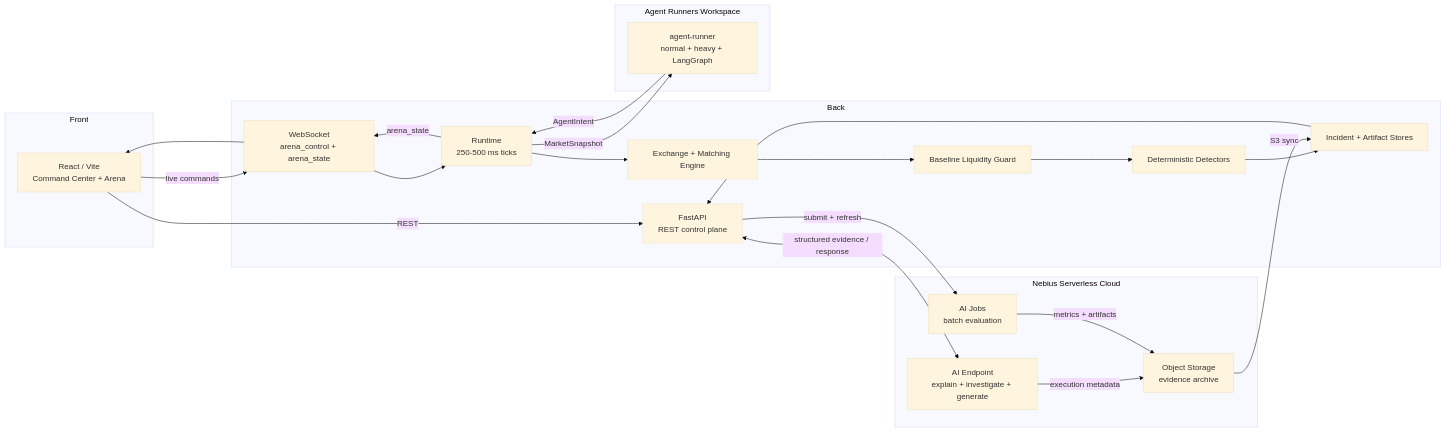
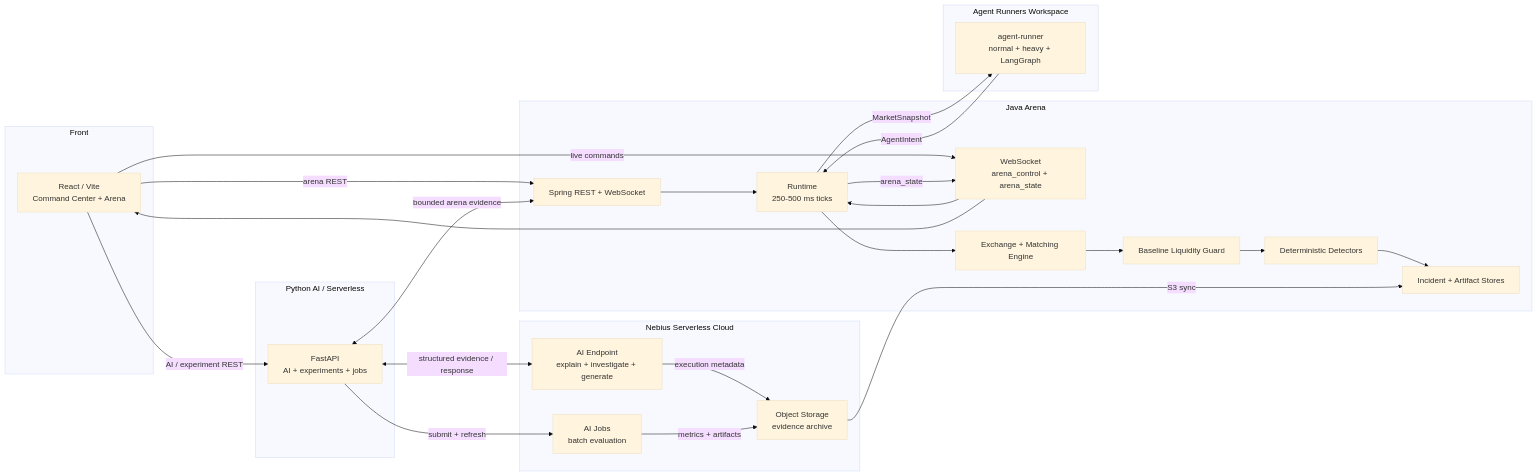
Before and after one commit to khab40/aimada: the first of 4 diagrams in docs/architecture.md, drawn with Mermaid (base theme). The commit also changed other lines of this file and 57 other files, not shown here.

Commit message:
feat: cut over live arena to Java

````diff
--- a/docs/architecture.md
+++ b/docs/architecture.md
@@ -21,41 +22,46 @@
 ```mermaid
 flowchart LR
     subgraph Front["Front"]
         UI["React / Vite<br/>Command Center + Arena"]
     end
-    subgraph Back["Back"]
-        API["FastAPI<br/>REST control plane"]
+    subgraph Java["Java Arena"]
+        Control["Spring REST + WebSocket"]
         WS["WebSocket<br/>arena_control + arena_state"]
         Runtime["Runtime<br/>250-500 ms ticks"]
         Exchange["Exchange + Matching Engine"]
         Guard["Baseline Liquidity Guard"]
         Detectors["Deterministic Detectors"]
         Incidents["Incident + Artifact Stores"]
+    end
+    subgraph Python["Python AI / Serverless"]
+        API["FastAPI<br/>AI + experiments + jobs"]
     end
     subgraph Workspace["Agent Runners Workspace"]
         Runner["agent-runner<br/>normal + heavy + LangGraph"]
     end
     subgraph Cloud["Nebius Serverless Cloud"]
         Endpoint["AI Endpoint<br/>explain + investigate + generate"]
         Jobs["AI Jobs<br/>batch evaluation"]
         ObjectStorage["Object Storage<br/>evidence archive"]
     end
 
-    UI -->|"REST"| API
+    UI -->|"arena REST"| Control
+    UI -->|"AI / experiment REST"| API
     UI -->|"live commands"| WS
+    Control --> Runtime
     WS --> Runtime
     Runtime -->|"MarketSnapshot"| Runner
     Runner -->|"AgentIntent"| Runtime
     Runtime --> Exchange
     Exchange --> Guard
     Guard --> Detectors
     Detectors --> Incidents
     Runtime -->|"arena_state"| WS
     WS --> UI
     API <-->|"structured evidence / response"| Endpoint
     API -->|"submit + refresh"| Jobs
     Endpoint -->|"execution metadata"| ObjectStorage
     Jobs -->|"metrics + artifacts"| ObjectStorage
     ObjectStorage -->|"S3 sync"| Incidents
-    Incidents --> API
+    API <-->|"bounded arena evidence"| Control
 ```
````
